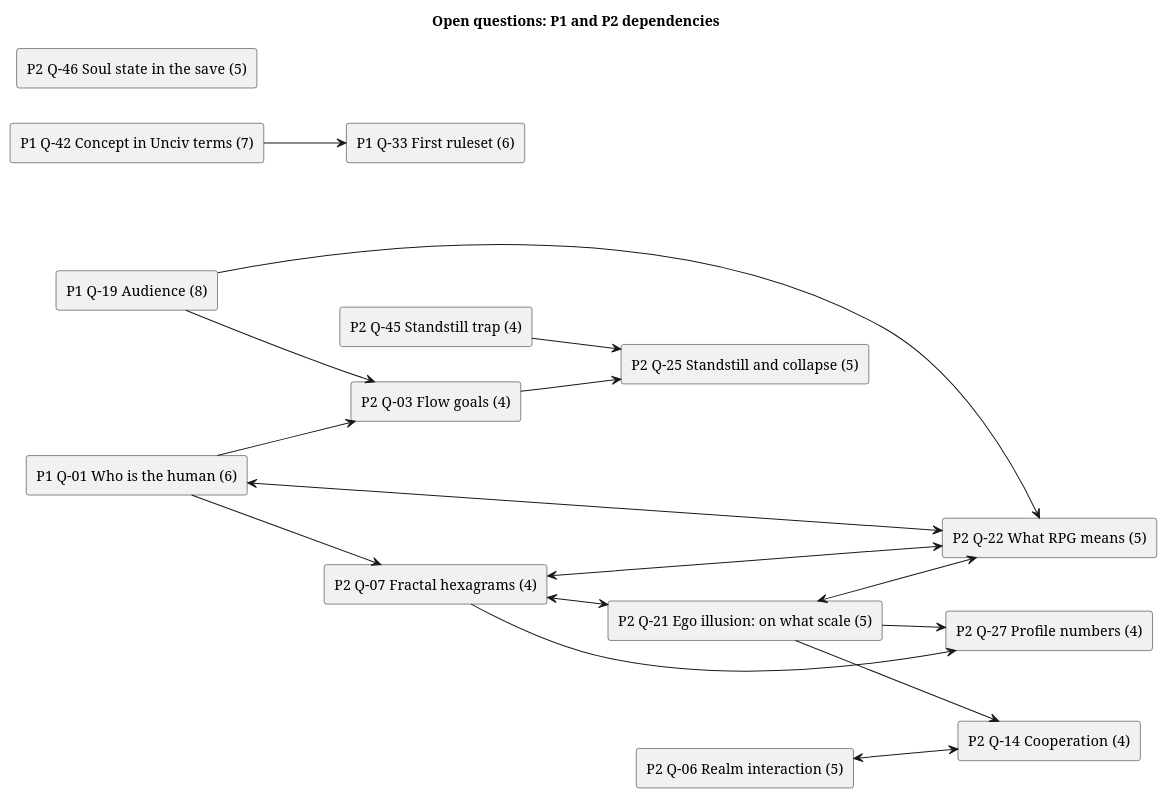
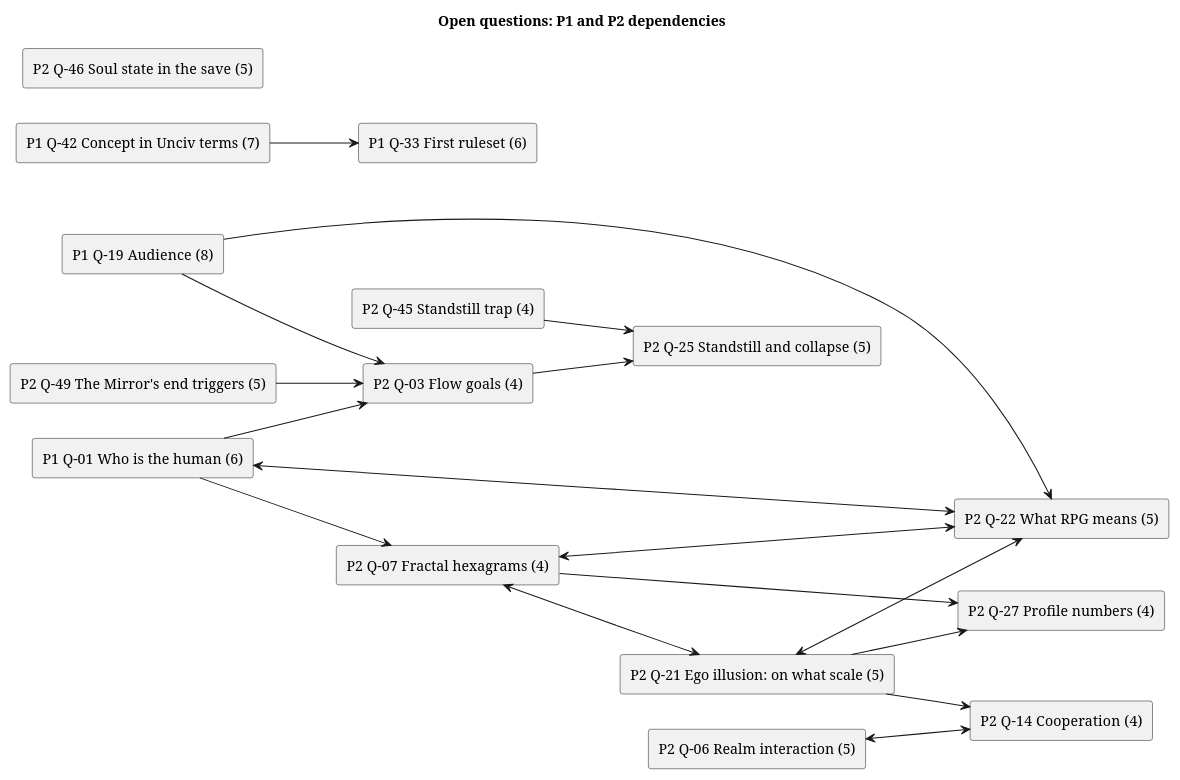
Before and after one commit to zzt108/Syntropy: the diagram in .doc/26-11-17 Game design brainstorming/diagrams/19-question-priority-core.puml, drawn with PlantUML. The commit also changed 2 other files, not shown here.

Commit message:
Add the Mirror: an end-of-game portrait of the ruler
D-53: when a game ends, the hidden profile is shown once as a
portrait in six layers (temperament, ego path, temptation vs.
flexibility, agency, path in Q6, words vs. deeds), plus a profile
export for the player's own LLM. DISC stays the question format only.
New Q-49 (end triggers, Unciv victory types vs. D-02), Big Five
translation parked, diagram 23 added, diagram 19 updated.

```diff
--- a/.doc/26-11-17 Game design brainstorming/diagrams/19-question-priority-core.puml
+++ b/.doc/26-11-17 Game design brainstorming/diagrams/19-question-priority-core.puml
@@ -1,37 +1,39 @@
 @startuml
 ' What: dependencies between the highest-priority open questions (P1 and P2, §5 priority table).
 ' Shows: an arrow A -> B means "the answer to A changes B"; a double arrow means the two depend on each other.
 '        The number is the impact score: how many other open questions and decisions the answer would change.
 ' Source: brainstorming-base.md §5 "Priority by impact" (edges to lower tiers and to decisions are listed there).
 title Open questions: P1 and P2 dependencies
 left to right direction
 rectangle "P1  Q-19 Audience (8)" as Q19
 rectangle "P1  Q-42 Concept in Unciv terms (7)" as Q42
 rectangle "P1  Q-01 Who is the human (6)" as Q01
 rectangle "P1  Q-33 First ruleset (6)" as Q33
 rectangle "P2  Q-46 Soul state in the save (5)" as Q46
 rectangle "P2  Q-21 Ego illusion: on what scale (5)" as Q21
 rectangle "P2  Q-25 Standstill and collapse (5)" as Q25
 rectangle "P2  Q-22 What RPG means (5)" as Q22
 rectangle "P2  Q-06 Realm interaction (5)" as Q06
+rectangle "P2  Q-49 The Mirror's end triggers (5)" as Q49
 rectangle "P2  Q-45 Standstill trap (4)" as Q45
 rectangle "P2  Q-03 Flow goals (4)" as Q03
 rectangle "P2  Q-07 Fractal hexagrams (4)" as Q07
 rectangle "P2  Q-14 Cooperation (4)" as Q14
 rectangle "P2  Q-27 Profile numbers (4)" as Q27
 Q19 --> Q03
 Q19 --> Q22
 Q42 --> Q33
 Q01 --> Q03
 Q01 --> Q07
 Q01 <--> Q22
 Q21 <--> Q22
 Q07 <--> Q21
 Q07 <--> Q22
 Q21 --> Q14
 Q21 --> Q27
 Q07 --> Q27
 Q06 <--> Q14
 Q45 --> Q25
 Q03 --> Q25
+Q49 --> Q03
 @enduml
```
